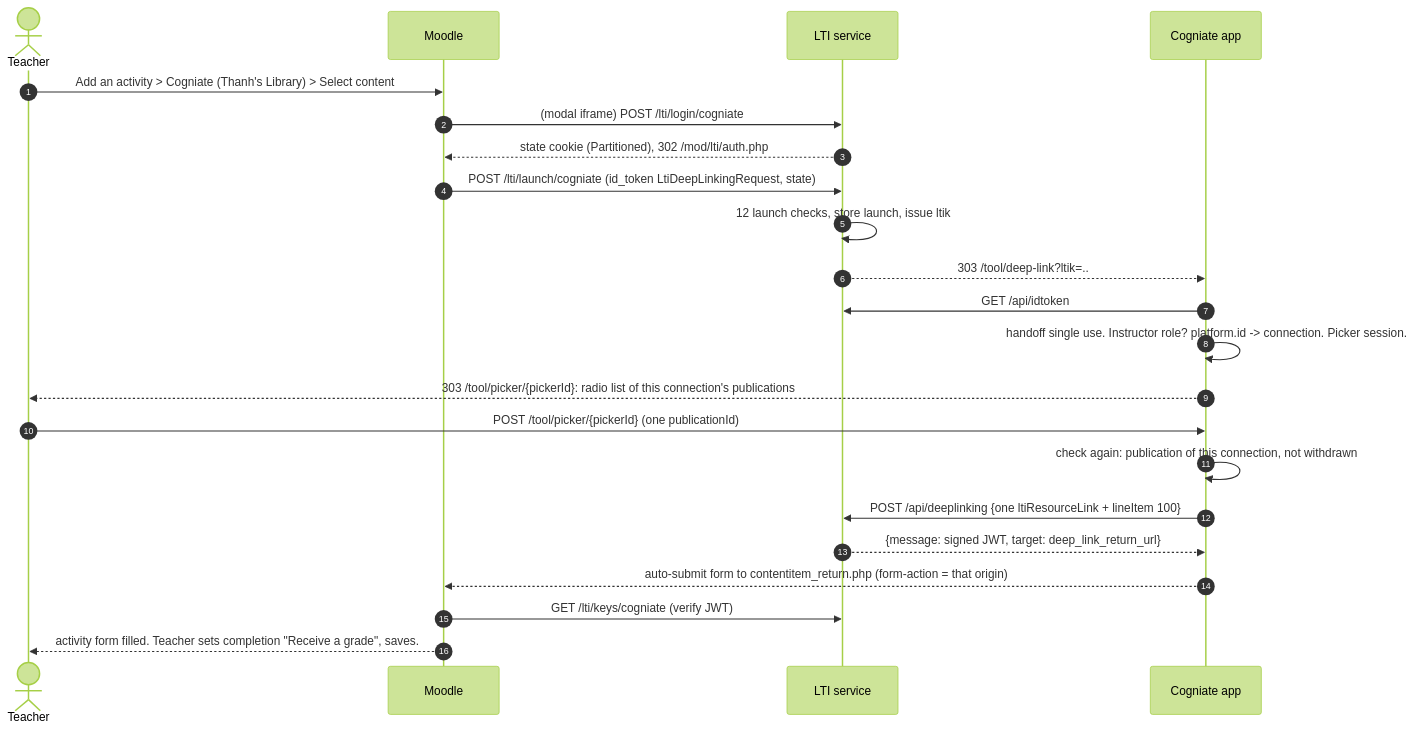
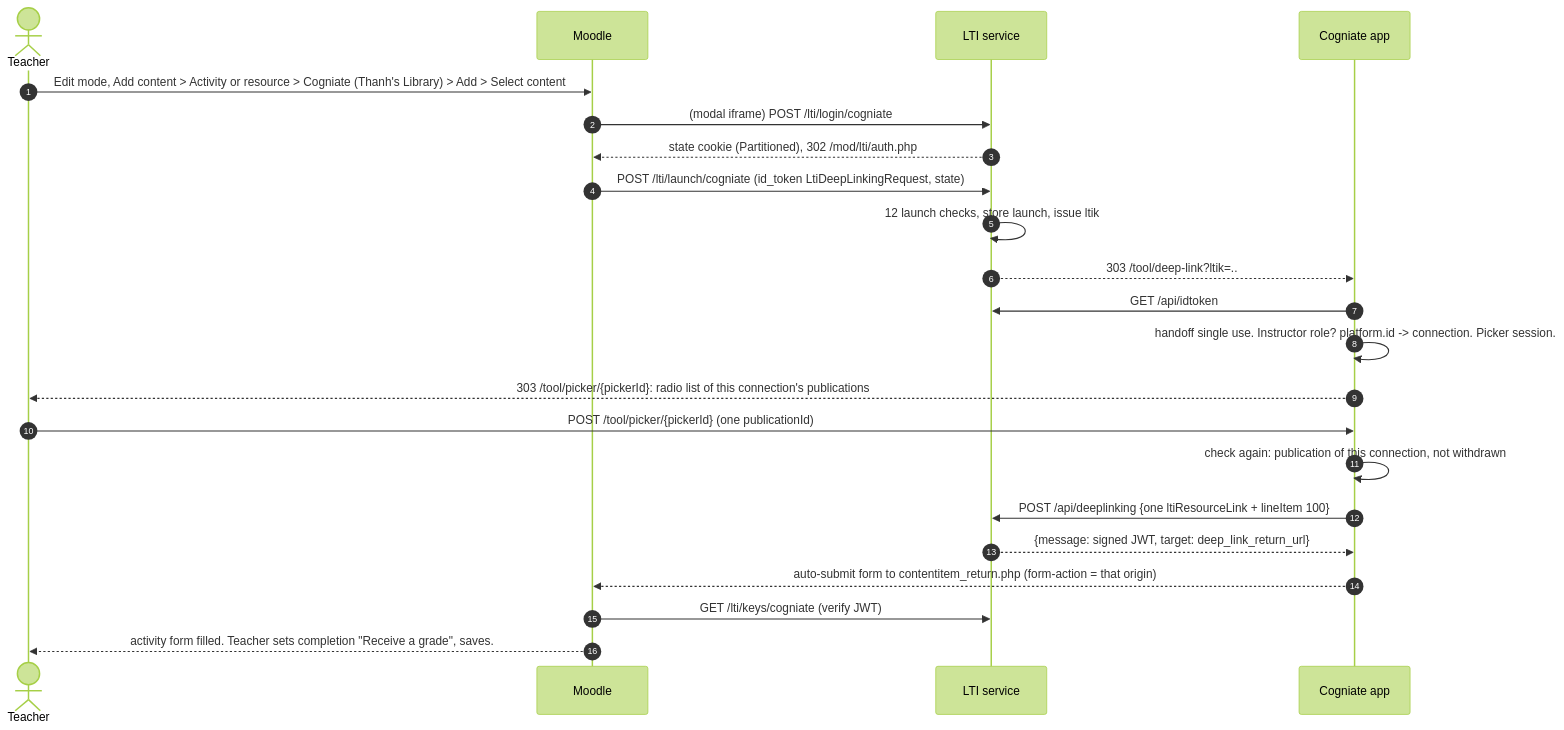
One commit to nguyenthanhquang152/cogniate_moodle_integration_prototype changed the third of 7 diagrams in docs/architecture/flows.md. Above: the diagram before and after it, drawn with Mermaid (forest theme). The commit also changed other lines of this file and 9 other files, not shown here.

Commit message:
Architect: T7 findings (exact Moodle grade option text, teacher path Add content → Activity or resource, Q17 HTML export overlay)

````diff
--- a/docs/architecture/flows.md
+++ b/docs/architecture/flows.md
@@ -80,25 +80,25 @@
 ```mermaid
 sequenceDiagram
     autonumber
     actor T as Teacher
     participant M as Moodle
     participant LTI as LTI service
     participant APP as Cogniate app
 
-    T->>M: Add an activity > Cogniate (Thanh's Library) > Select content
+    T->>M: Edit mode, Add content > Activity or resource > Cogniate (Thanh's Library) > Add > Select content
     M->>LTI: (modal iframe) POST /lti/login/cogniate
     LTI-->>M: state cookie (Partitioned), 302 /mod/lti/auth.php
     M->>LTI: POST /lti/launch/cogniate (id_token LtiDeepLinkingRequest, state)
     LTI->>LTI: 12 launch checks, store launch, issue ltik
     LTI-->>APP: 303 /tool/deep-link?ltik=..
     APP->>LTI: GET /api/idtoken
     APP->>APP: handoff single use. Instructor role? platform.id -> connection. Picker session.
     APP-->>T: 303 /tool/picker/{pickerId}: radio list of this connection's publications
     T->>APP: POST /tool/picker/{pickerId} (one publicationId)
     APP->>APP: check again: publication of this connection, not withdrawn
     APP->>LTI: POST /api/deeplinking {one ltiResourceLink + lineItem 100}
     LTI-->>APP: {message: signed JWT, target: deep_link_return_url}
     APP-->>M: auto-submit form to contentitem_return.php (form-action = that origin)
     M->>LTI: GET /lti/keys/cogniate (verify JWT)
     M-->>T: activity form filled. Teacher sets completion "Receive a grade", saves.
 ```
````
